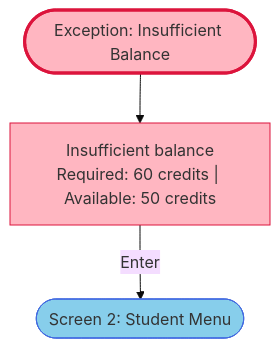
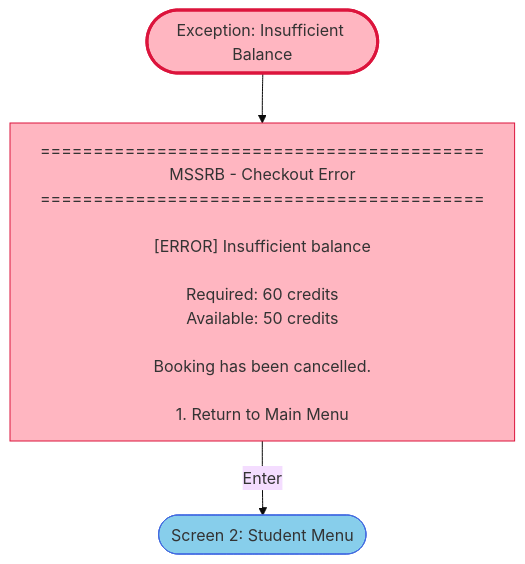
One commit to alii0110-monash/fit5136-study-room-booking changed the diagram in mermaid/member_a/exception_insufficient_balance.mmd. Above: the diagram before and after it, drawn with Mermaid (base theme). The commit also changed 14 other files, not shown here.

First line of the commit message:
Convert all Mermaid files to screen-style format

```diff
--- a/mermaid/member_a/exception_insufficient_balance.mmd
+++ b/mermaid/member_a/exception_insufficient_balance.mmd
@@ -1,11 +1,26 @@
 flowchart TB
     ERROR_BALANCE(["Exception: Insufficient Balance"])
-    B1["Insufficient balance<br>Required: 60 credits | Available: 50 credits"]
+
+    B1["
+==========================================
+MSSRB - Checkout Error
+==========================================
+
+[ERROR] Insufficient balance
+
+Required: 60 credits
+Available: 50 credits
+
+Booking has been cancelled.
+
+1. Return to Main Menu
+    "]
+
     STUDENT_MENU(["Screen 2: Student Menu"])
 
     ERROR_BALANCE --> B1
     B1 -->|"Enter"| STUDENT_MENU
 
     style ERROR_BALANCE fill:#FFB6C1,stroke:#DC143C,stroke-width:3px
     style B1 fill:#FFB6C1,stroke:#DC143C
     style STUDENT_MENU fill:#87CEEB,stroke:#4169E1
```
